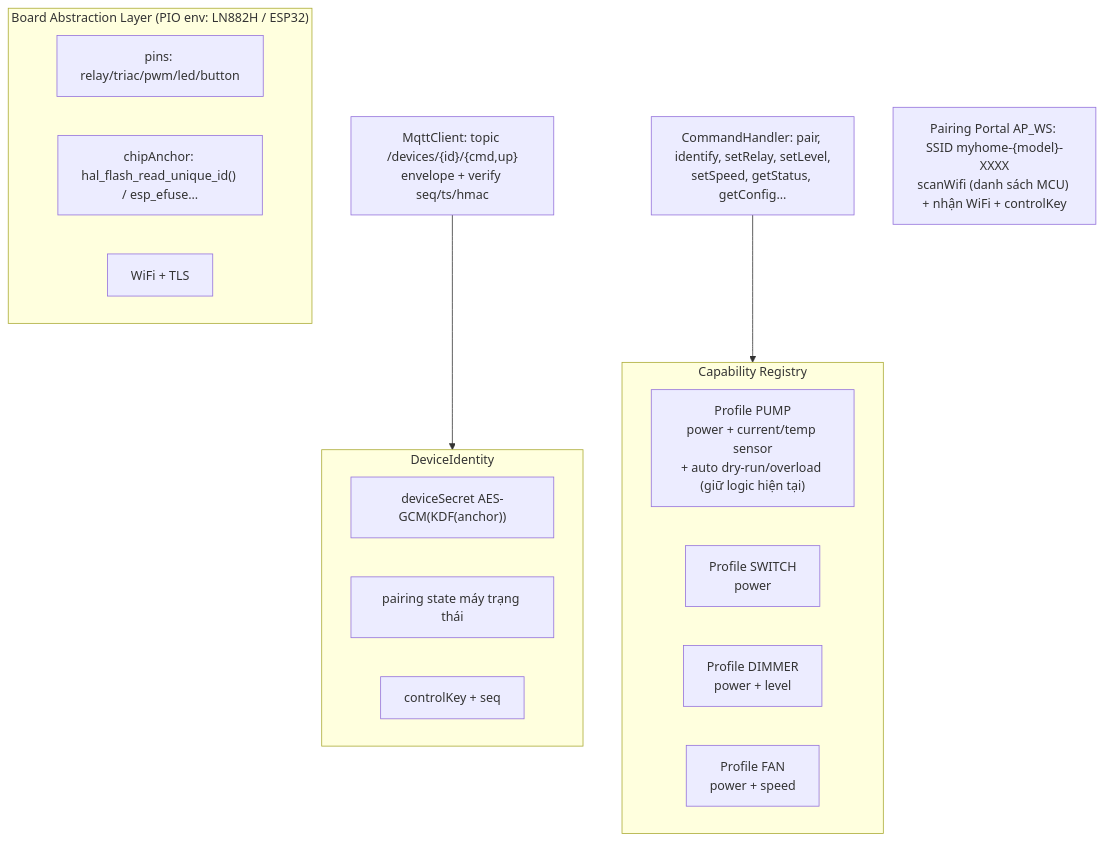
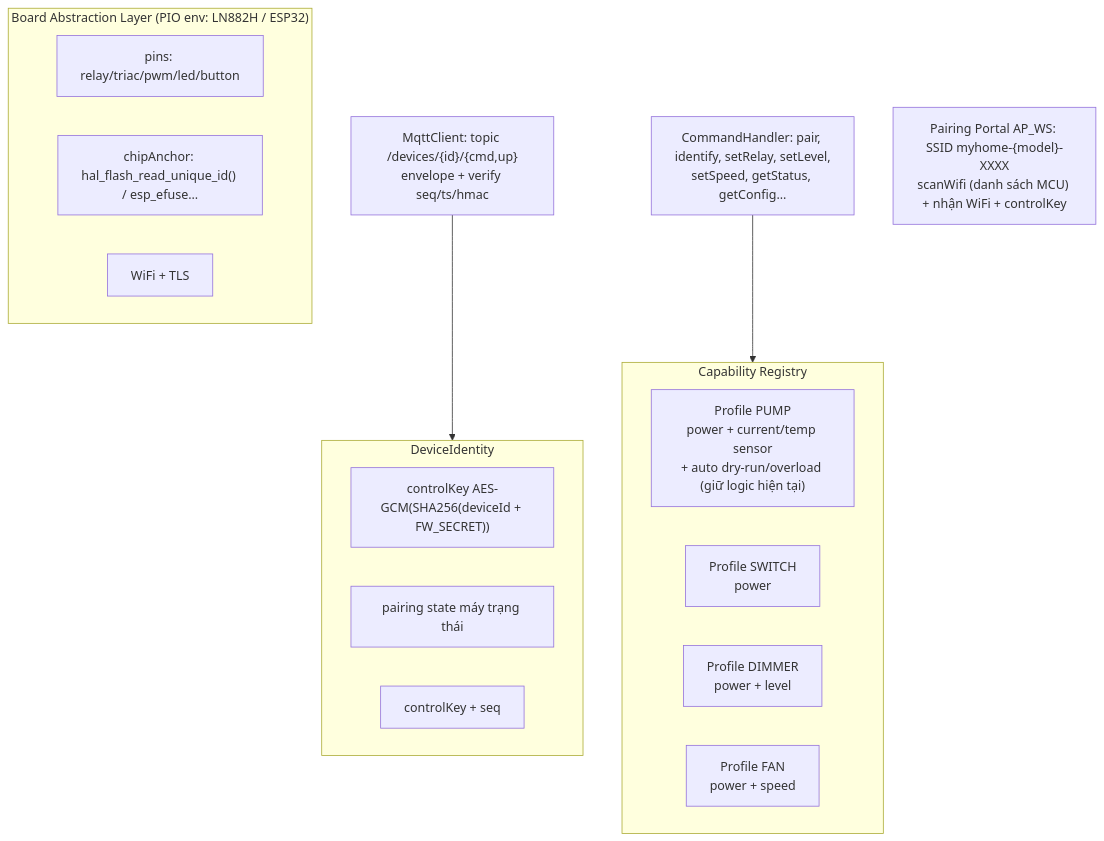
The seventh of 7 diagrams in docs/ECOSYSTEM_PLAN.md (nndai/smart-home-platform), drawn with Mermaid before and after one commit. The commit also changed other lines of this file and 11 other files, not shown here.

````diff
--- a/docs/ECOSYSTEM_PLAN.md
+++ b/docs/ECOSYSTEM_PLAN.md
@@ -231,22 +230,22 @@
 ```mermaid
 graph TD
     subgraph Board["Board Abstraction Layer (PIO env: LN882H / ESP32)"]
         PINS["pins: relay/triac/pwm/led/button"]
         UID["chipAnchor: hal_flash_read_unique_id() / esp_efuse..."]
         NET["WiFi + TLS"]
     end
     subgraph Identity["DeviceIdentity"]
-        SECRET["deviceSecret AES-GCM(KDF(anchor))"]
+        SECRET["controlKey AES-GCM(SHA256(deviceId + FW_SECRET))"]
         STATE["pairing state máy trạng thái"]
         CONTROL["controlKey + seq"]
     end
     subgraph Capability["Capability Registry"]
         PUMP["Profile PUMP<br/>power + current/temp sensor<br/>+ auto dry-run/overload (giữ logic hiện tại)"]
         SWITCH["Profile SWITCH<br/>power"]
         DIMMER["Profile DIMMER<br/>power + level"]
         FAN["Profile FAN<br/>power + speed"]
     end
     MQTT["MqttClient: topic /devices/{id}/{cmd,up}<br/>envelope + verify seq/ts/hmac"] --> Identity
     CMD["CommandHandler: pair, identify, setRelay, setLevel,<br/>setSpeed, getStatus, getConfig..."] --> Capability
     PAIR["Pairing Portal AP_WS: SSID myhome-{model}-XXXX<br/>scanWifi (danh sách MCU) + nhận WiFi + controlKey"]
 ```
````
